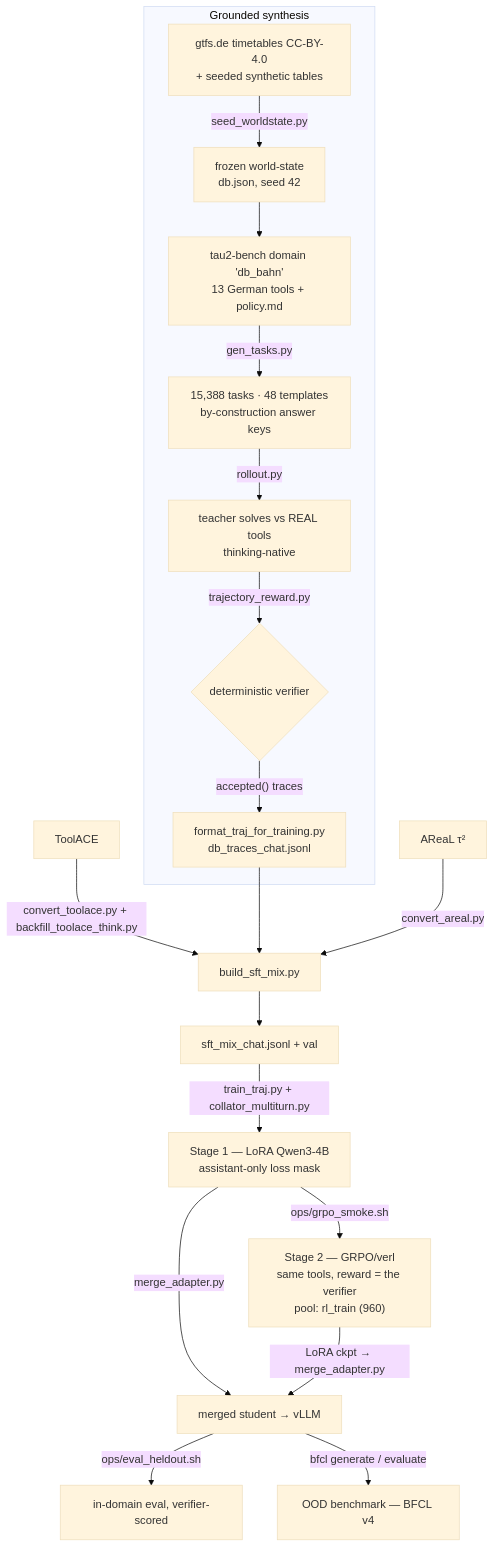
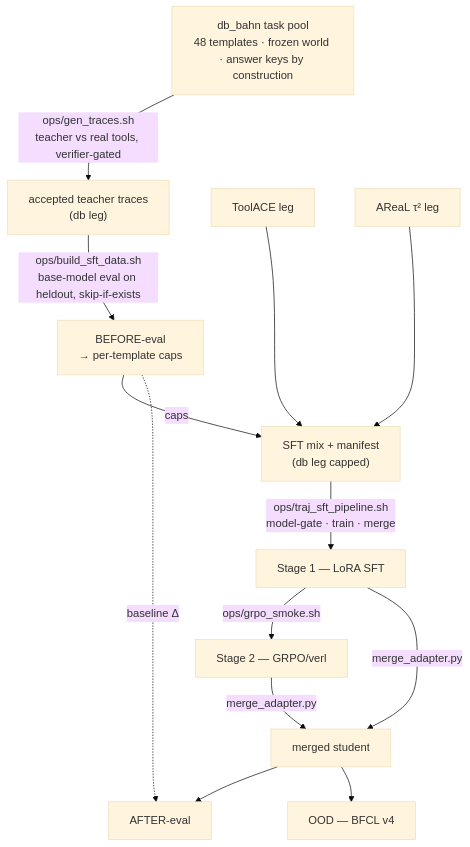
One commit to JanneckGit/slm-agentic-training-pipeline changed the diagram in README.md. Above: the diagram before and after it, drawn with Mermaid (base theme). The commit also changed other lines of this file, not shown here.

First line of the commit message:
docs(readme): 8-level architecture diagram + fresh-clone setup

````diff
--- a/README.md
+++ b/README.md
@@ -35,21 +36,22 @@
 ```mermaid
 flowchart TD
-    T["ToolACE"] -->|"convert_toolace.py + backfill_toolace_think.py"| MIX
-    subgraph SDG["Grounded synthesis"]
-        A["gtfs.de timetables CC-BY-4.0<br/>+ seeded synthetic tables"] -->|seed_worldstate.py| B["frozen world-state<br/>db.json, seed 42"]
-        B --> C["tau2-bench domain 'db_bahn'<br/>13 German tools + policy.md"]
-        C -->|gen_tasks.py| D["15,388 tasks · 48 templates<br/>by-construction answer keys"]
-        D -->|rollout.py| E["teacher solves vs REAL tools<br/>thinking-native"]
-        E -->|trajectory_reward.py| F{"deterministic verifier"}
-        F -->|"accepted() traces"| G["format_traj_for_training.py<br/>db_traces_chat.jsonl"]
-    end
-    G --> MIX["build_sft_mix.py"]
-    R["AReaL τ²"] -->|convert_areal.py| MIX
-    MIX --> M["sft_mix_chat.jsonl + val"]
-    M -->|"train_traj.py + collator_multiturn.py"| H["Stage 1 — LoRA Qwen3-4B<br/>assistant-only loss mask"]
-    H -->|merge_adapter.py| S["merged student → vLLM"]
-    S -->|ops/eval_heldout.sh| EV["in-domain eval, verifier-scored"]
-    S -->|"bfcl generate / evaluate"| OOD["OOD benchmark — BFCL v4"]
-    H -->|ops/grpo_smoke.sh| RL["Stage 2 — GRPO/verl<br/>same tools, reward = the verifier<br/>pool: rl_train (960)"]
-    RL -->|"LoRA ckpt → merge_adapter.py"| S
+    TASKS["db_bahn task pool<br/>48 templates · frozen world · answer keys by construction"]
+    TASKS -->|"ops/gen_traces.sh<br/>teacher vs real tools, verifier-gated"| TRACES["accepted teacher traces<br/>(db leg)"]
+    TOOLACE["ToolACE leg"]
+    AREAL["AReaL τ² leg"]
+    TASKS ~~~ TOOLACE
+    TASKS ~~~ AREAL
+    TRACES -->|"ops/build_sft_data.sh<br/>base-model eval on heldout, skip-if-exists"| EVAL["BEFORE-eval<br/>→ per-template caps"]
+    TOOLACE ~~~ EVAL
+    AREAL ~~~ EVAL
+    EVAL -->|caps| MIX["SFT mix + manifest<br/>(db leg capped)"]
+    TOOLACE --> MIX
+    AREAL --> MIX
+    MIX -->|"ops/traj_sft_pipeline.sh<br/>model-gate · train · merge"| SFT["Stage 1 — LoRA SFT"]
+    SFT -->|ops/grpo_smoke.sh| RL["Stage 2 — GRPO/verl"]
+    SFT -->|merge_adapter.py| STUDENT["merged student"]
+    RL -->|merge_adapter.py| STUDENT
+    STUDENT --> AFTER["AFTER-eval"]
+    STUDENT --> BFCL["OOD — BFCL v4"]
+    EVAL -.->|"baseline Δ"| AFTER
 ```
````
